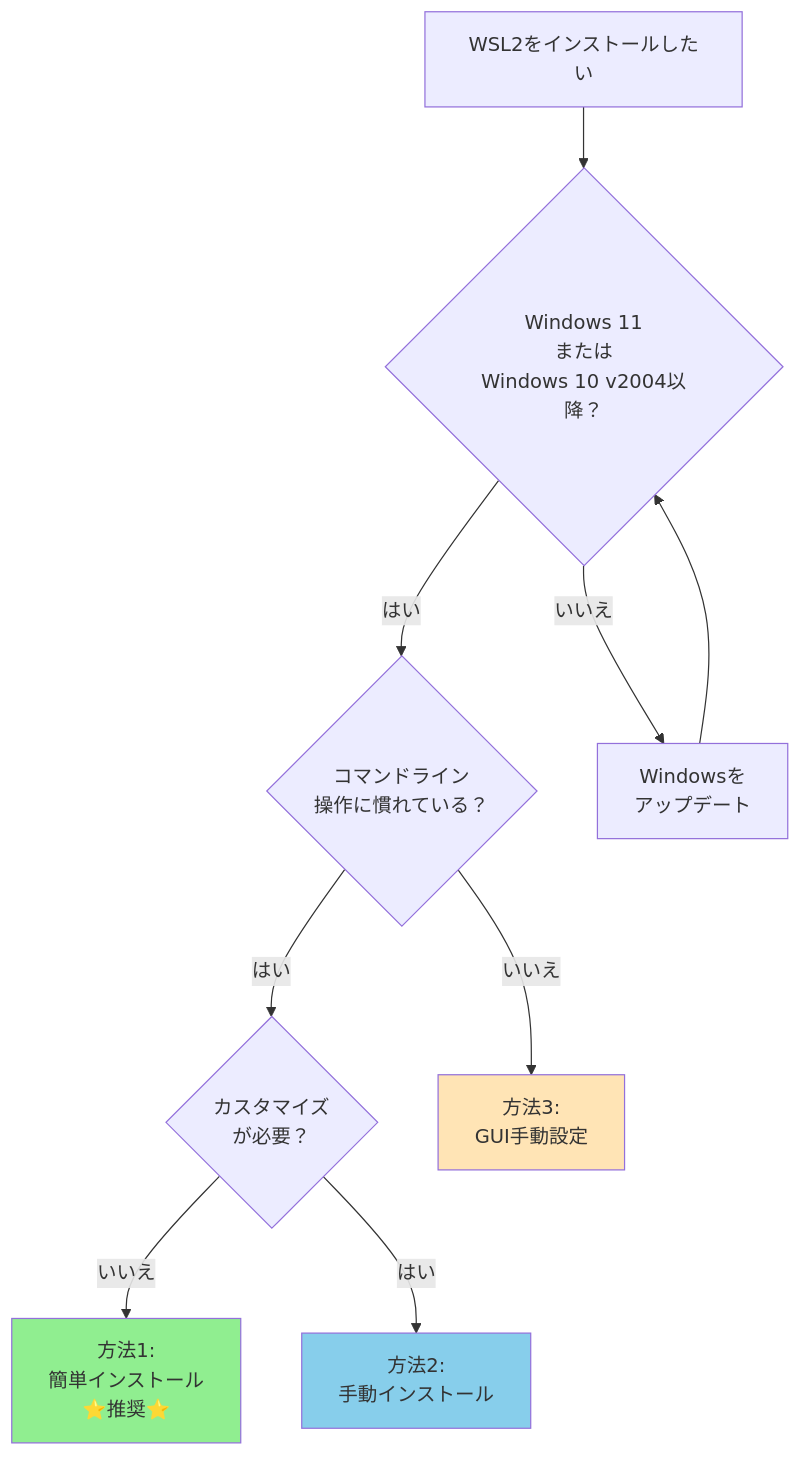
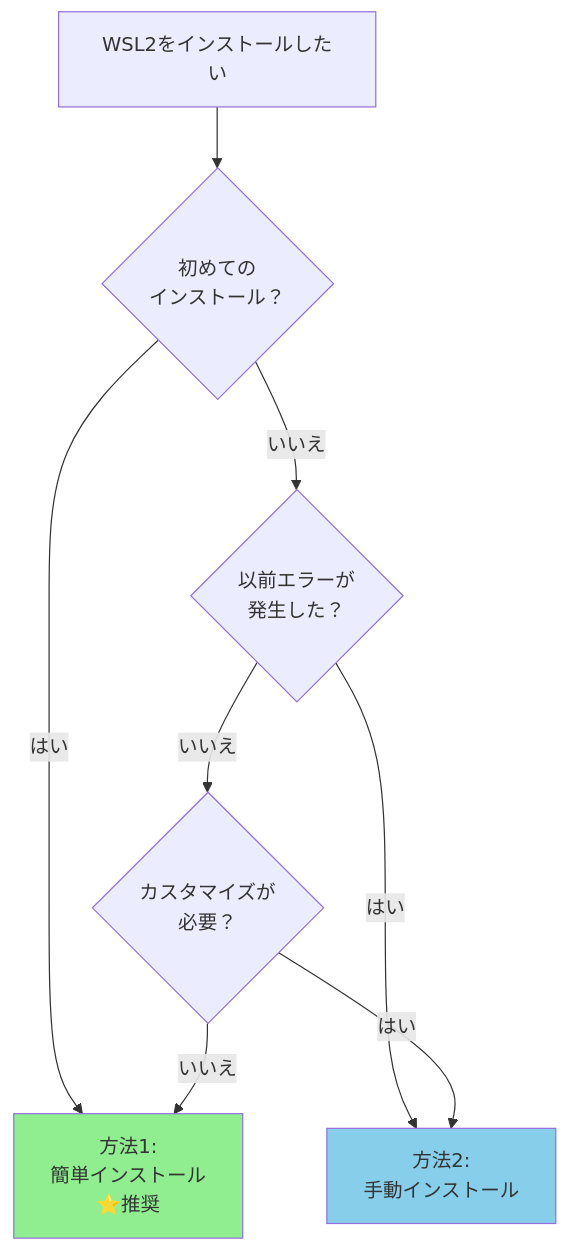
One commit to sas-com/github-guidelines changed the second of 2 diagrams in docs/onboarding/GITHUB_ENVIRONMENT_SETUP.md. Above: the diagram before and after it, drawn with Mermaid. The commit also changed other lines of this file, not shown here.

````diff
--- a/docs/onboarding/GITHUB_ENVIRONMENT_SETUP.md
+++ b/docs/onboarding/GITHUB_ENVIRONMENT_SETUP.md
@@ -332,18 +288,13 @@
 ```mermaid
-graph TD
-    Start[WSL2をインストールしたい] --> Check1{Windows 11<br/>または<br/>Windows 10 v2004以降？}
-    Check1 -->|はい| Check2{コマンドライン<br/>操作に慣れている？}
-    Check1 -->|いいえ| Update[Windowsを<br/>アップデート]
-    
-    Check2 -->|はい| Check3{カスタマイズ<br/>が必要？}
-    Check2 -->|いいえ| Method3[方法3:<br/>GUI手動設定]
-    
-    Check3 -->|いいえ| Method1[方法1:<br/>簡単インストール<br/>⭐推奨⭐]
-    Check3 -->|はい| Method2[方法2:<br/>手動インストール]
-    
-    Update --> Check1
+flowchart TD
+    Start[WSL2をインストールしたい] --> Check1{初めての<br/>インストール？}
+    Check1 -->|はい| Method1[方法1:<br/>簡単インストール<br/>⭐推奨]
+    Check1 -->|いいえ| Check2{以前エラーが<br/>発生した？}
+    Check2 -->|はい| Method2[方法2:<br/>手動インストール]
+    Check2 -->|いいえ| Check3{カスタマイズが<br/>必要？}
+    Check3 -->|はい| Method2
+    Check3 -->|いいえ| Method1
     
     style Method1 fill:#90EE90
     style Method2 fill:#87CEEB
-    style Method3 fill:#FFE4B5
 ```
````
